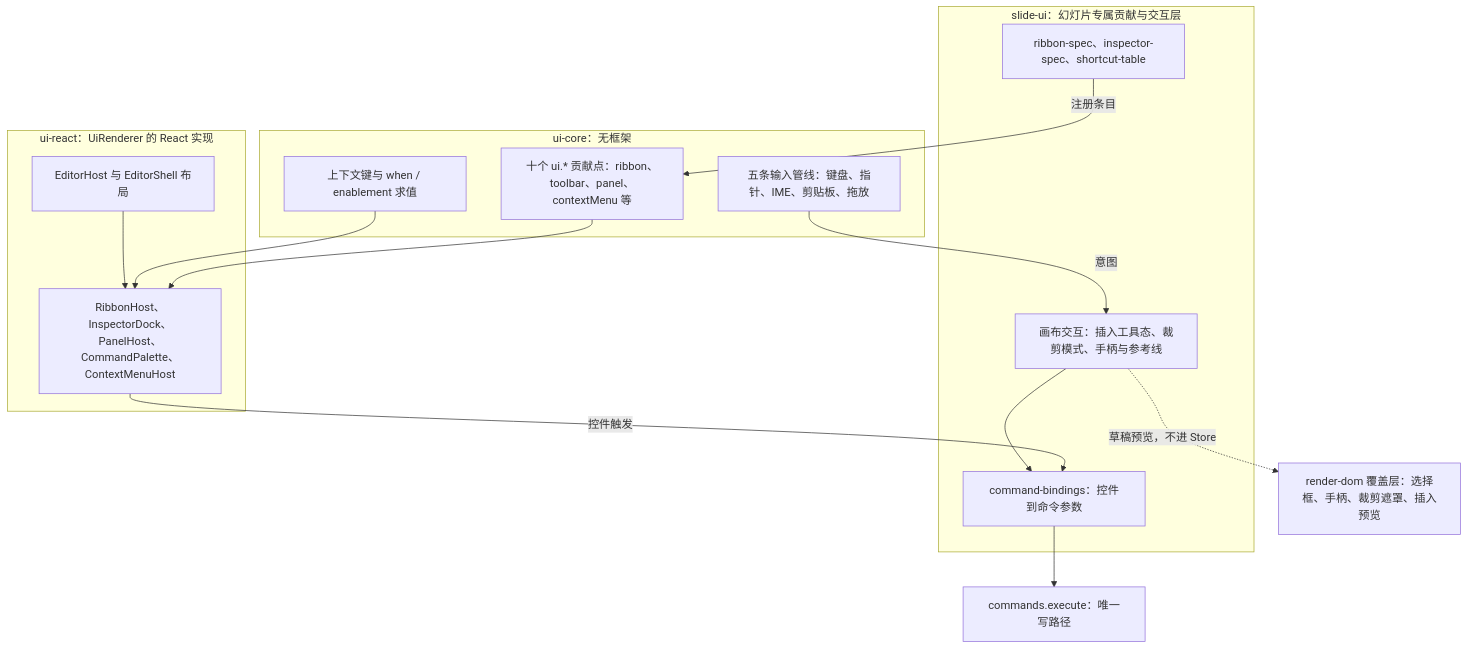
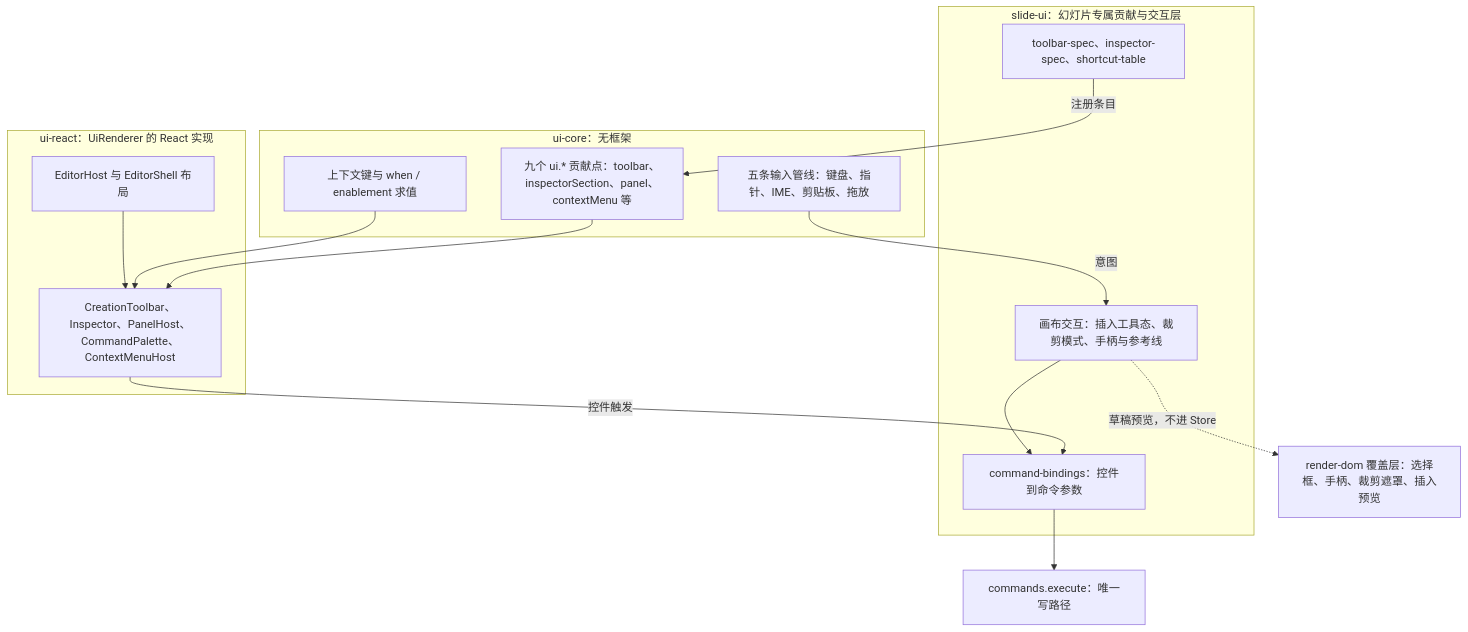
The tenth of 16 diagrams in docs/50-frontend/01-overview-and-runtime-map.md (Xeonice/cordis-ppt-editor), drawn with Mermaid before and after one commit. The commit also changed other lines of this file and 25 other files, not shown here.

````diff
--- a/docs/50-frontend/01-overview-and-runtime-map.md
+++ b/docs/50-frontend/01-overview-and-runtime-map.md
@@ -531,28 +532,28 @@
 ```mermaid
 flowchart TB
   subgraph core["ui-core：无框架"]
-    points["十个 ui.* 贡献点：ribbon、toolbar、panel、contextMenu 等"]
+    points["九个 ui.* 贡献点：toolbar、inspectorSection、panel、contextMenu 等"]
     keys["上下文键与 when / enablement 求值"]
     pipes["五条输入管线：键盘、指针、IME、剪贴板、拖放"]
   end
   subgraph react["ui-react：UiRenderer 的 React 实现"]
     host["EditorHost 与 EditorShell 布局"]
-    slots["RibbonHost、InspectorDock、PanelHost、CommandPalette、ContextMenuHost"]
+    slots["CreationToolbar、Inspector、PanelHost、CommandPalette、ContextMenuHost"]
   end
   subgraph sui["slide-ui：幻灯片专属贡献与交互层"]
-    specs["ribbon-spec、inspector-spec、shortcut-table"]
+    specs["toolbar-spec、inspector-spec、shortcut-table"]
     bindings["command-bindings：控件到命令参数"]
     interact["画布交互：插入工具态、裁剪模式、手柄与参考线"]
   end
   cmds["commands.execute：唯一写路径"]
   overlay["render-dom 覆盖层：选择框、手柄、裁剪遮罩、插入预览"]
   specs -->|"注册条目"| points
   points --> slots
   keys --> slots
   host --> slots
   slots -->|"控件触发"| bindings
   pipes -->|"意图"| interact
   interact --> bindings
   bindings --> cmds
   interact -.->|"草稿预览，不进 Store"| overlay
 ```
````
